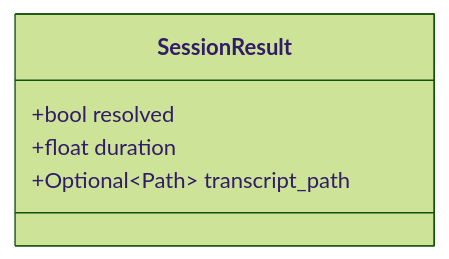
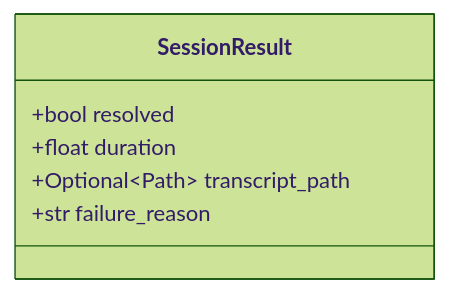
One commit to Ericsson/yocto-security-tools changed the fifth of 13 diagrams in .agents/summary/data_models.md. Above: the diagram before and after it, drawn with Mermaid (forest theme). The commit also changed other lines of this file and 9 other files, not shown here.

````diff
--- a/.agents/summary/data_models.md
+++ b/.agents/summary/data_models.md
@@ -111,8 +111,9 @@
 ```mermaid
 classDiagram
     class SessionResult {
         +bool resolved
         +float duration
         +Optional~Path~ transcript_path
+        +str failure_reason
     }
 ```
````
